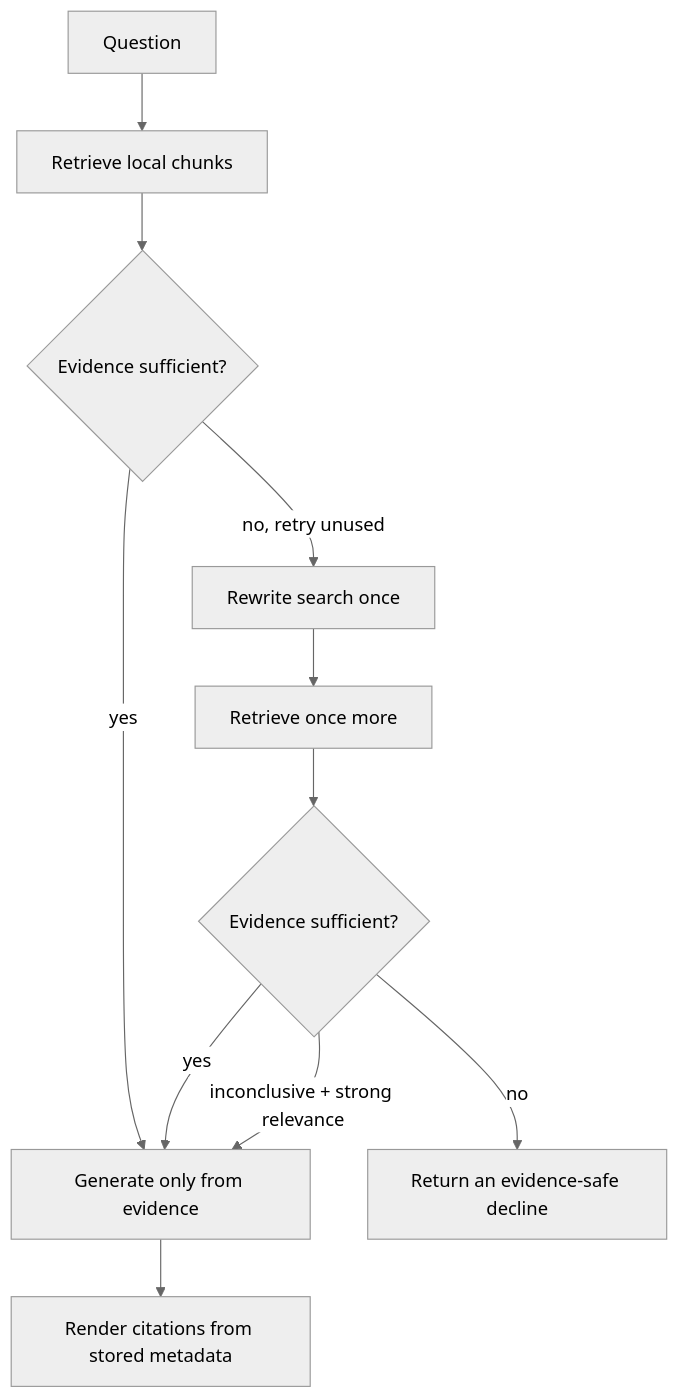
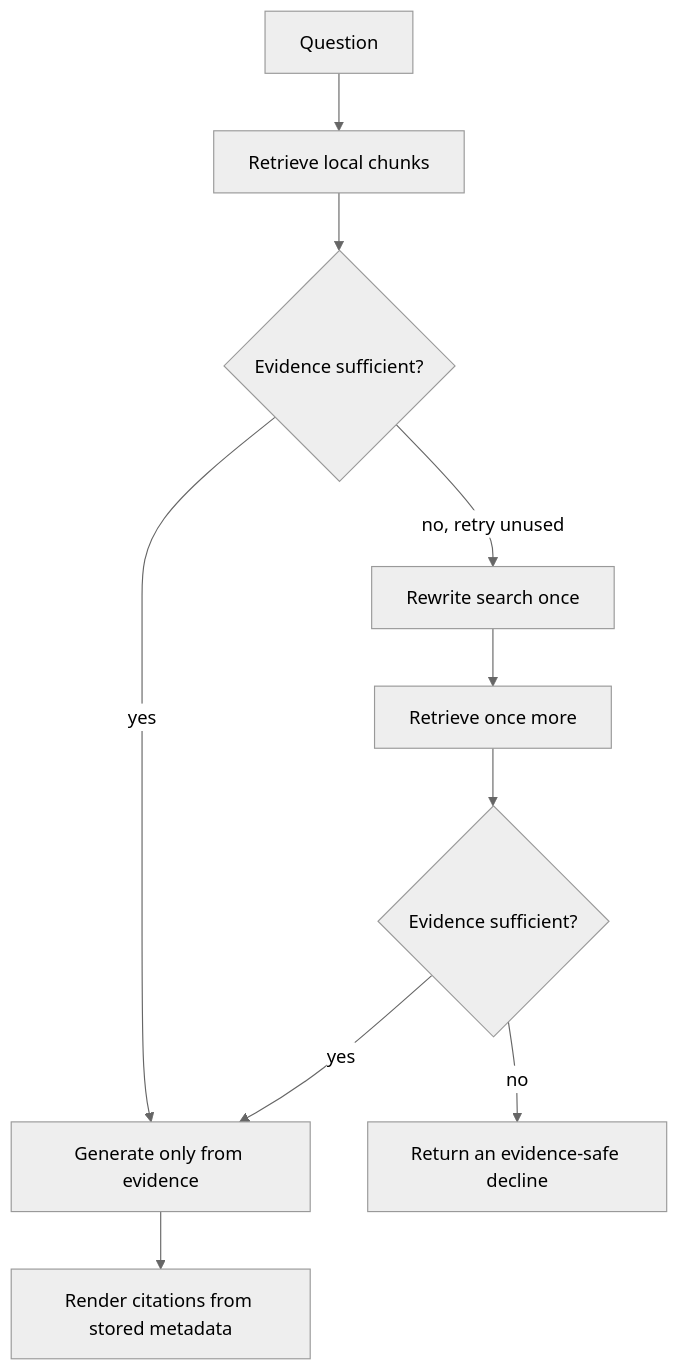
One commit to akrambelajouza/local-agentic-rag-with-ollama changed the second of 2 diagrams in README.md. Above: the diagram before and after it, drawn with Mermaid (neutral theme). The commit also changed other lines of this file and 16 other files, not shown here.

````diff
--- a/README.md
+++ b/README.md
@@ -53,13 +53,12 @@
 ```mermaid
 flowchart TD
     Q[Question] --> R1[Retrieve local chunks]
     R1 --> Judge{Evidence sufficient?}
     Judge -->|yes| Generate[Generate only from evidence]
     Judge -->|no, retry unused| Rewrite[Rewrite search once]
     Rewrite --> R2[Retrieve once more]
     R2 --> Judge2{Evidence sufficient?}
     Judge2 -->|yes| Generate
-    Judge2 -->|inconclusive + strong relevance| Generate
     Judge2 -->|no| Decline[Return an evidence-safe decline]
     Generate --> Verify[Render citations from stored metadata]
 ```
````
